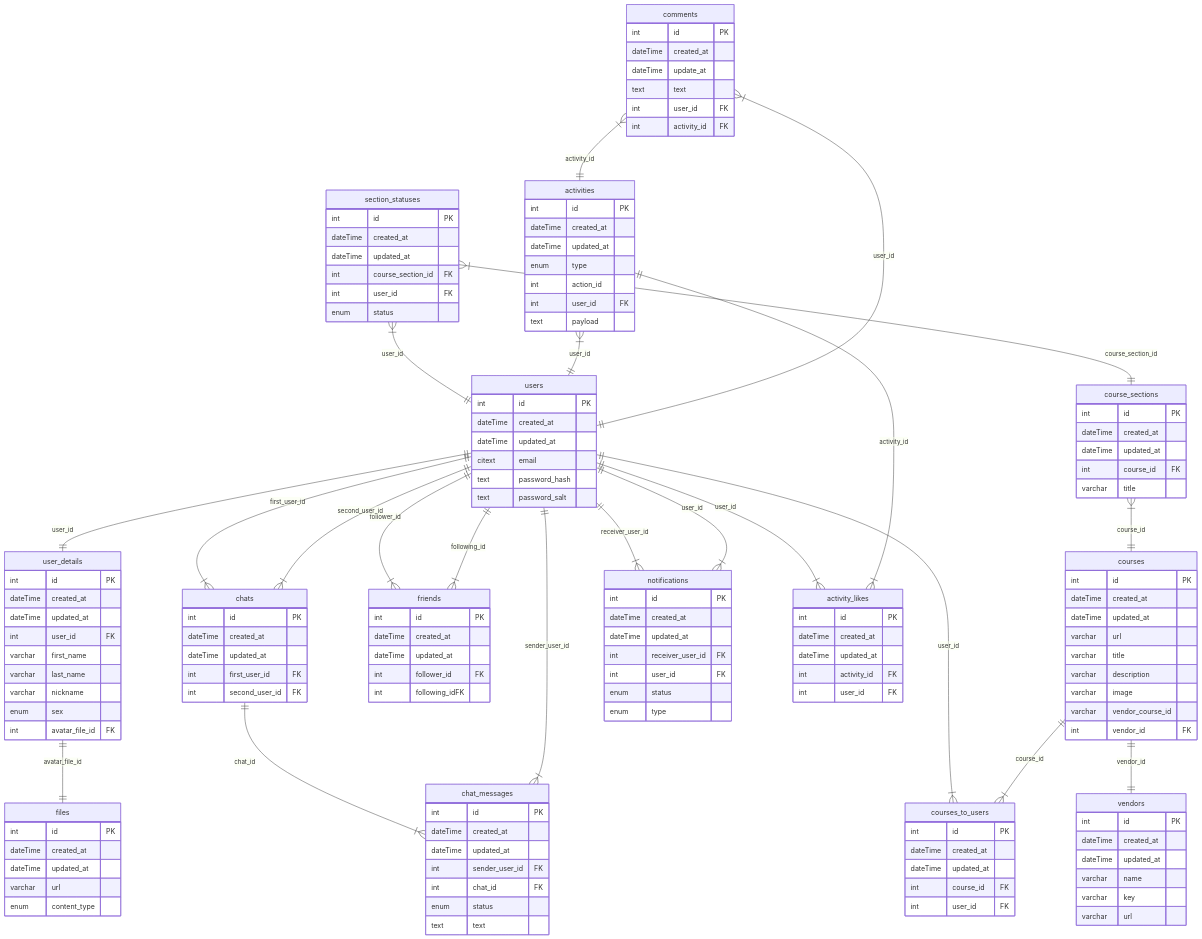
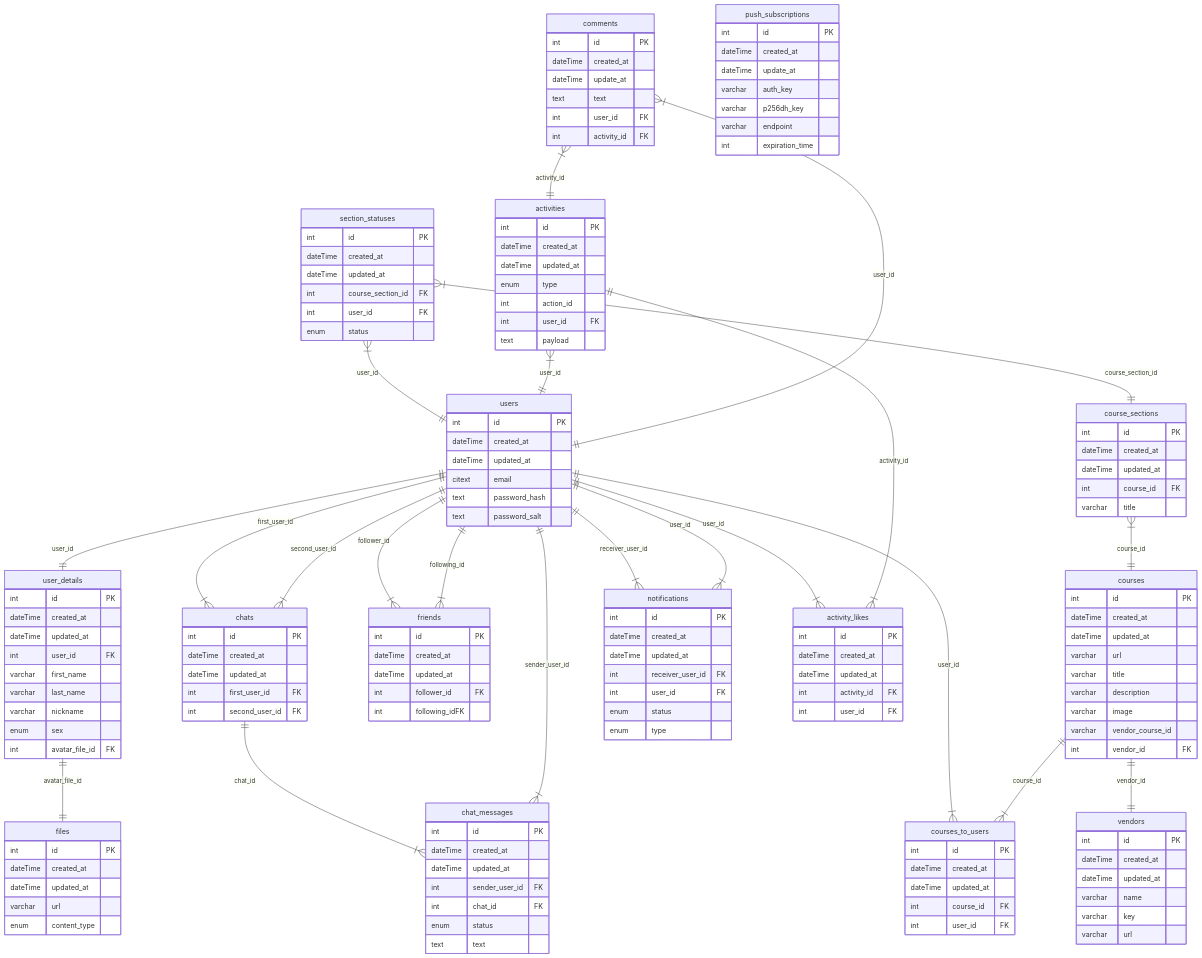
One commit to BinaryStudioAcademy/bsa-winter-2023-2024-trackmates changed the diagram in readme.md. Above: the diagram before and after it, drawn with Mermaid.

Commit message:
chore: update db schema tm-442

```diff
--- a/readme.md
+++ b/readme.md
@@ -163,6 +163,16 @@
     int activity_id FK
   }
 
+  push_subscriptions {
+   int id PK
+   dateTime created_at
+   dateTime update_at
+   varchar auth_key
+   varchar p256dh_key
+   varchar endpoint
+   int expiration_time
+  }
+
    users ||--|| user_details : user_id
    user_details ||--|| files : avatar_file_id
 
```
